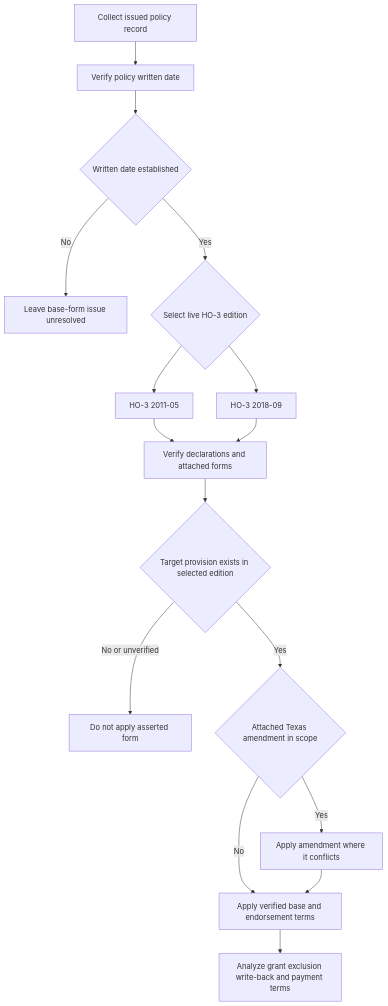
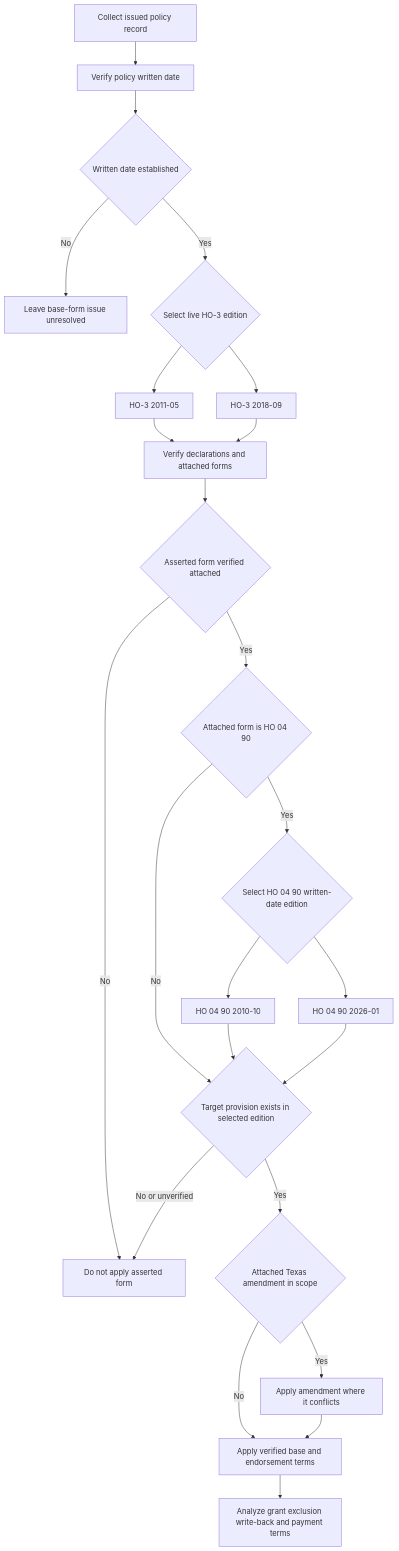
The diagram in openwiki/coverage/policy-editions-and-governing-forms.md (eugeneliu-86/openwiki-insurance-corpus), drawn with Mermaid before and after one commit. The commit also changed other lines of this file and 32 other files, not shown here.

````diff
--- a/openwiki/coverage/policy-editions-and-governing-forms.md
+++ b/openwiki/coverage/policy-editions-and-governing-forms.md
@@ -61,18 +77,26 @@
 ```mermaid
 flowchart TD
     Record["Collect issued policy record"] --> Written["Verify policy written date"]
     Written --> Known{"Written date established"}
     Known -- "No" --> Hold["Leave base-form issue unresolved"]
     Known -- "Yes" --> Edition{"Select live HO-3 edition"}
     Edition --> Old["HO-3 2011-05"]
     Edition --> New["HO-3 2018-09"]
     Old --> Attach["Verify declarations and attached forms"]
     New --> Attach
-    Attach --> Match{"Target provision exists in selected edition"}
-    Match -- "No or unverified" --> Exclude["Do not apply asserted form"]
+    Attach --> Attached{"Asserted form verified attached"}
+    Attached -- "No" --> Exclude["Do not apply asserted form"]
+    Attached -- "Yes" --> Water{"Attached form is HO 04 90"}
+    Water -- "Yes" --> WaterEdition{"Select HO 04 90 written-date edition"}
+    WaterEdition --> Water2010["HO 04 90 2010-10"]
+    WaterEdition --> Water2026["HO 04 90 2026-01"]
+    Water -- "No" --> Match{"Target provision exists in selected edition"}
+    Water2010 --> Match
+    Water2026 --> Match
+    Match -- "No or unverified" --> Exclude
     Match -- "Yes" --> Texas{"Attached Texas amendment in scope"}
     Texas -- "No" --> Terms["Apply verified base and endorsement terms"]
     Texas -- "Yes" --> Conflict["Apply amendment where it conflicts"]
     Conflict --> Terms
     Terms --> Analysis["Analyze grant exclusion write-back and payment terms"]
 ```
````
